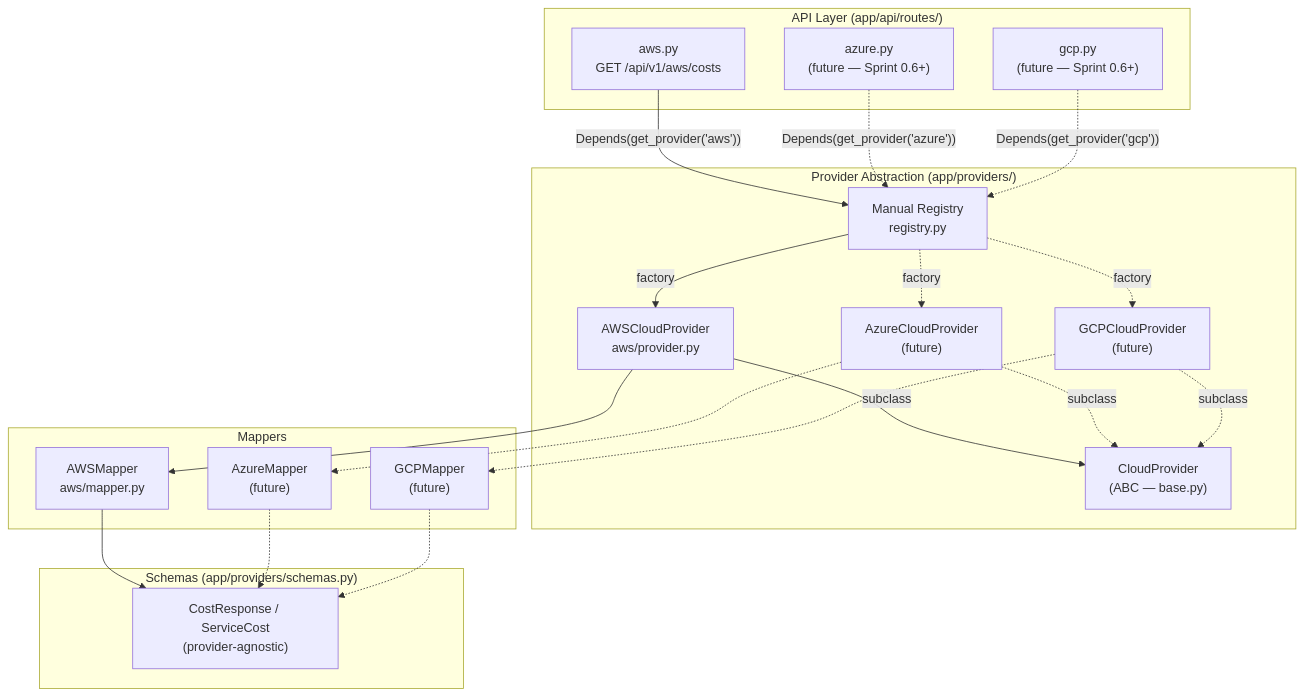
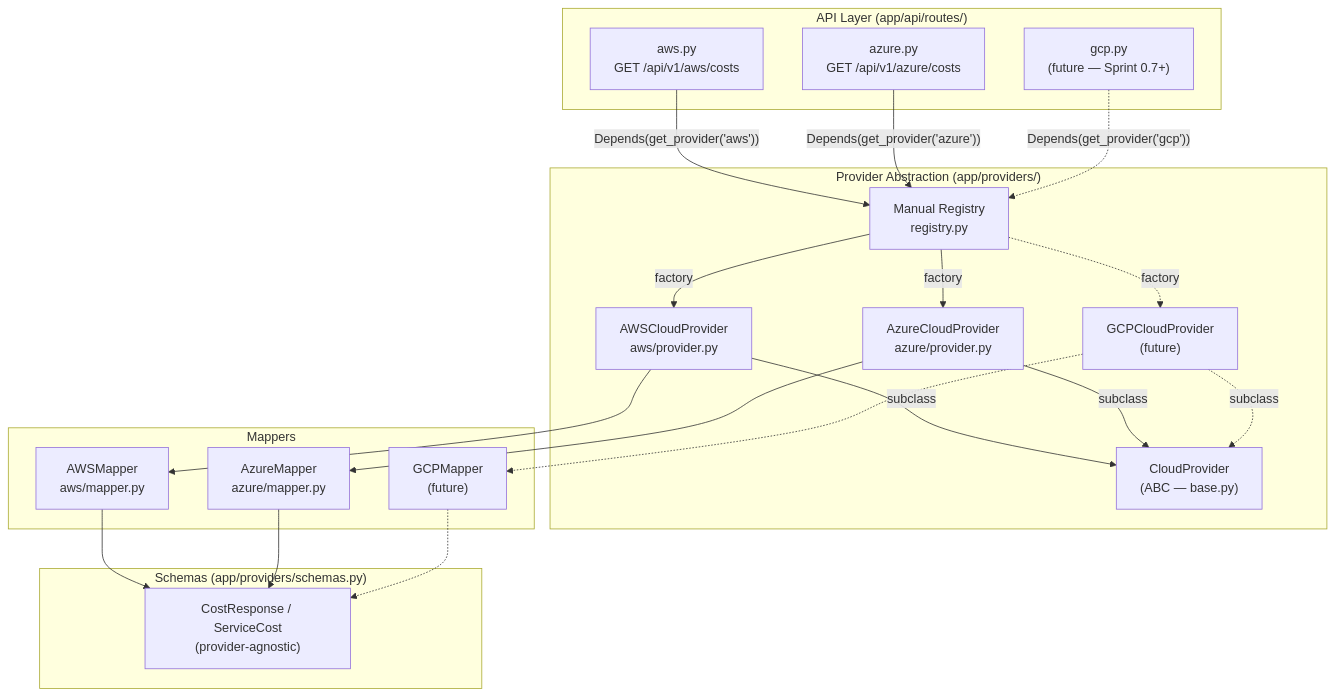
The third of 10 diagrams in docs/architecture.md (manikantadakarapu/multi-cloud-ai-cost-detector), drawn with Mermaid before and after one commit. The commit also changed other lines of this file and 18 other files, not shown here.

Commit message:
feat(providers): add Azure Cost Management provider (Sprint 0.6)

````diff
--- a/docs/architecture.md
+++ b/docs/architecture.md
@@ -151,46 +152,46 @@
 ```mermaid
 graph TD
     subgraph "API Layer (app/api/routes/)"
         AWSRoute["aws.py<br/>GET /api/v1/aws/costs"]
-        AzureRoute["azure.py<br/>(future — Sprint 0.6+)"]
-        GCPRoute["gcp.py<br/>(future — Sprint 0.6+)"]
+        AzureRoute["azure.py<br/>GET /api/v1/azure/costs"]
+        GCPRoute["gcp.py<br/>(future — Sprint 0.7+)"]
     end
 
     subgraph "Provider Abstraction (app/providers/)"
         ABC["CloudProvider<br/>(ABC — base.py)"]
         AWS["AWSCloudProvider<br/>aws/provider.py"]
-        Azure["AzureCloudProvider<br/>(future)"]
+        Azure["AzureCloudProvider<br/>azure/provider.py"]
         GCP["GCPCloudProvider<br/>(future)"]
         Registry["Manual Registry<br/>registry.py"]
     end
 
     subgraph "Schemas (app/providers/schemas.py)"
         Resp["CostResponse / ServiceCost<br/>(provider-agnostic)"]
     end
 
     subgraph "Mappers"
         AWSMap["AWSMapper<br/>aws/mapper.py"]
-        AzureMap["AzureMapper<br/>(future)"]
+        AzureMap["AzureMapper<br/>azure/mapper.py"]
         GCPMap["GCPMapper<br/>(future)"]
     end
 
     AWSRoute -->|"Depends(get_provider('aws'))"| Registry
-    AzureRoute -.->|"Depends(get_provider('azure'))"| Registry
+    AzureRoute -->|"Depends(get_provider('azure'))"| Registry
     GCPRoute -.->|"Depends(get_provider('gcp'))"| Registry
 
     Registry -->|factory| AWS
-    Registry -.->|factory| Azure
+    Registry -->|factory| Azure
     Registry -.->|factory| GCP
 
     AWS -->|subclass| ABC
-    Azure -.->|subclass| ABC
+    Azure -->|subclass| ABC
     GCP -.->|subclass| ABC
 
     AWS --> AWSMap
-    Azure -.-> AzureMap
+    Azure --> AzureMap
     GCP -.-> GCPMap
 
     AWSMap --> Resp
-    AzureMap -.-> Resp
+    AzureMap --> Resp
     GCPMap -.-> Resp
 ```
````
